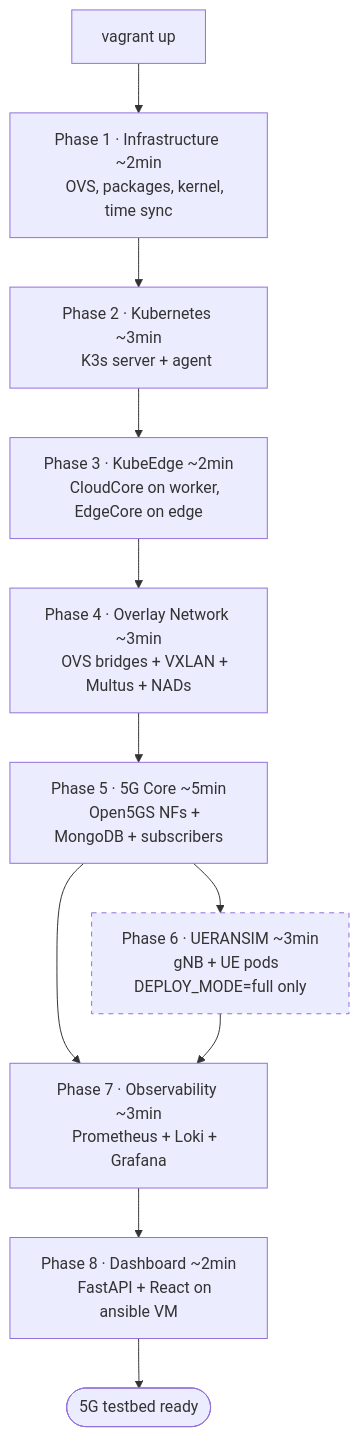
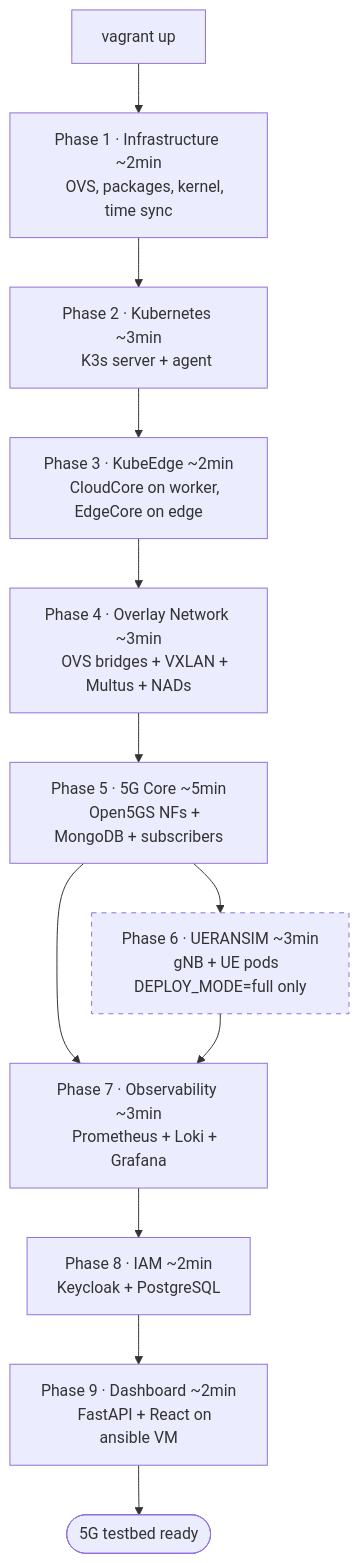
The fourth of 4 diagrams in docs/architecture/overview.md (Jacobbista/kelt), drawn with Mermaid before and after one commit. The commit also changed other lines of this file and 148 other files, not shown here.

Commit message:
feat: IAM, CAMARA/positioning, dashboard, KELT docs + branding

````diff
--- a/docs/architecture/overview.md
+++ b/docs/architecture/overview.md
@@ -200,37 +193,40 @@
 ```mermaid
 flowchart TD
     V["vagrant up"] --> P1
     
     P1["Phase 1 · Infrastructure ~2min
     OVS, packages, kernel, time sync"]
     
     P2["Phase 2 · Kubernetes ~3min
     K3s server + agent"]
     
     P3["Phase 3 · KubeEdge ~2min
     CloudCore on worker, EdgeCore on edge"]
     
     P4["Phase 4 · Overlay Network ~3min
     OVS bridges + VXLAN + Multus + NADs"]
     
     P5["Phase 5 · 5G Core ~5min
     Open5GS NFs + MongoDB + subscribers"]
     
     P6["Phase 6 · UERANSIM ~3min
     gNB + UE pods DEPLOY_MODE=full only"]
     
     P7["Phase 7 · Observability ~3min
     Prometheus + Loki + Grafana"]
     
-    P8["Phase 8 · Dashboard ~2min
+    P8["Phase 8 · IAM ~2min
+    Keycloak + PostgreSQL"]
+
+    P9["Phase 9 · Dashboard ~2min
     FastAPI + React on ansible VM"]
     DONE(["5G testbed ready"])
 
     P1 --> P2 --> P3 --> P4 --> P5
     P5 --> P6
     P5 --> P7
     P6 --> P7
-    P7 --> P8 --> DONE
+    P7 --> P8 --> P9 --> DONE
 
     style P6 stroke-dasharray: 5 5
 ```
````
